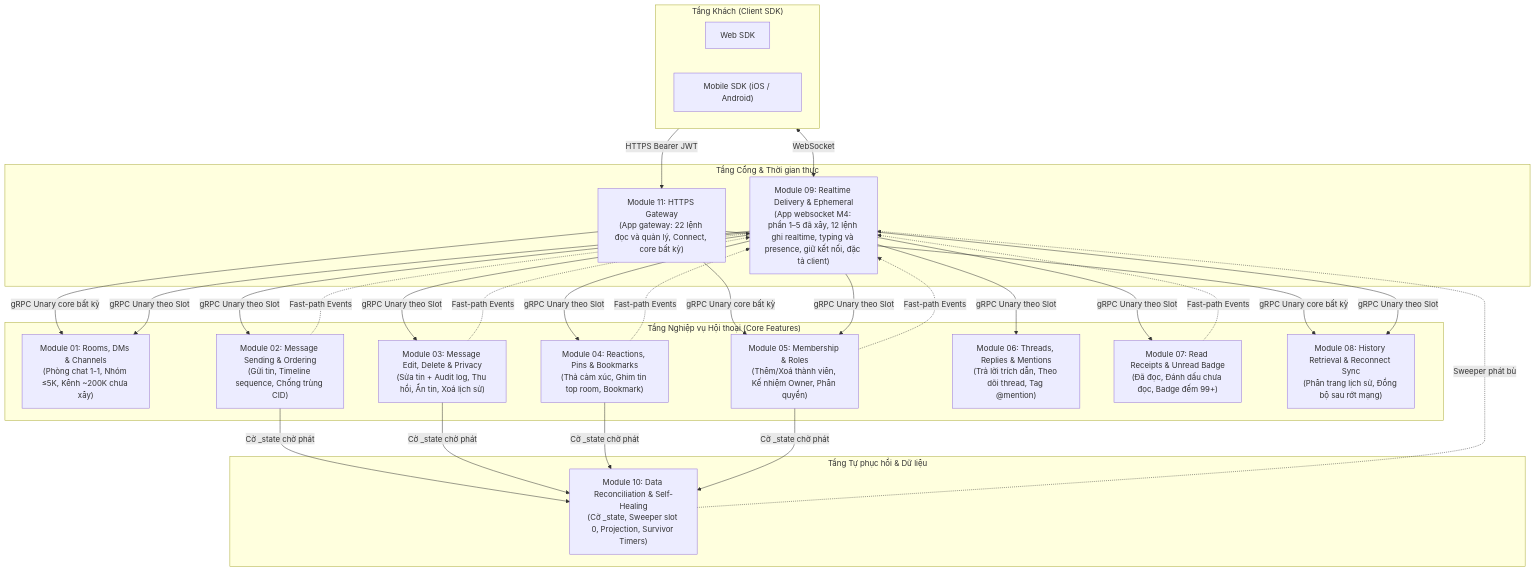
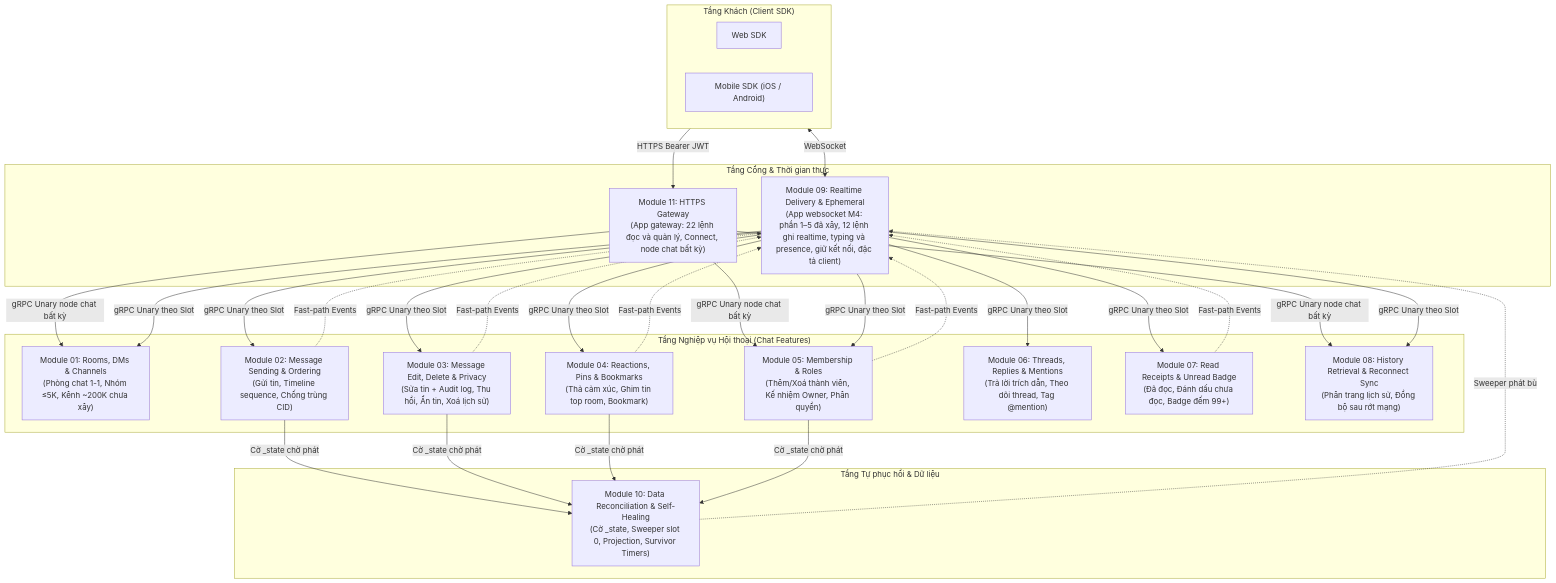
The first of 2 diagrams in docs/modules/README.md (ivannguyendev/chatim), drawn with Mermaid before and after one commit. The commit also changed other lines of this file and 332 other files, not shown here.

````diff
--- a/docs/modules/README.md
+++ b/docs/modules/README.md
@@ -13,53 +13,53 @@
 ```mermaid
 flowchart TD
     subgraph Client["Tầng Khách (Client SDK)"]
         Web["Web SDK"]
         Mobile["Mobile SDK (iOS / Android)"]
     end
 
     subgraph Entry["Tầng Cổng & Thời gian thực"]
         M09["Module 09: Realtime Delivery & Ephemeral<br/>(App websocket M4: phần 1–5 đã xây, 12 lệnh ghi realtime, typing và presence, giữ kết nối, đặc tả client)"]
-        M11["Module 11: HTTPS Gateway<br/>(App gateway: 22 lệnh đọc và quản lý, Connect, core bất kỳ)"]
+        M11["Module 11: HTTPS Gateway<br/>(App gateway: 22 lệnh đọc và quản lý, Connect, node chat bất kỳ)"]
     end
 
-    subgraph CoreFeatures["Tầng Nghiệp vụ Hội thoại (Core Features)"]
+    subgraph ChatFeatures["Tầng Nghiệp vụ Hội thoại (Chat Features)"]
         M01["Module 01: Rooms, DMs & Channels<br/>(Phòng chat 1-1, Nhóm ≤5K, Kênh ~200K chưa xây)"]
         M02["Module 02: Message Sending & Ordering<br/>(Gửi tin, Timeline sequence, Chống trùng CID)"]
         M03["Module 03: Message Edit, Delete & Privacy<br/>(Sửa tin + Audit log, Thu hồi, Ẩn tin, Xoá lịch sử)"]
         M04["Module 04: Reactions, Pins & Bookmarks<br/>(Thả cảm xúc, Ghim tin top room, Bookmark)"]
         M05["Module 05: Membership & Roles<br/>(Thêm/Xoá thành viên, Kế nhiệm Owner, Phân quyền)"]
         M06["Module 06: Threads, Replies & Mentions<br/>(Trả lời trích dẫn, Theo dõi thread, Tag @mention)"]
         M07["Module 07: Read Receipts & Unread Badge<br/>(Đã đọc, Đánh dấu chưa đọc, Badge đếm 99+)"]
         M08["Module 08: History Retrieval & Reconnect Sync<br/>(Phân trang lịch sử, Đồng bộ sau rớt mạng)"]
     end
 
     subgraph Resilience["Tầng Tự phục hồi & Dữ liệu"]
         M10["Module 10: Data Reconciliation & Self-Healing<br/>(Cờ _state, Sweeper slot 0, Projection, Survivor Timers)"]
     end
 
     Client <-->|WebSocket| M09
     Client -->|HTTPS Bearer JWT| M11
-    M11 -->|gRPC Unary core bất kỳ| M01
-    M11 -->|gRPC Unary core bất kỳ| M05
-    M11 -->|gRPC Unary core bất kỳ| M08
+    M11 -->|gRPC Unary node chat bất kỳ| M01
+    M11 -->|gRPC Unary node chat bất kỳ| M05
+    M11 -->|gRPC Unary node chat bất kỳ| M08
     M09 -->|gRPC Unary theo Slot| M01
     M09 -->|gRPC Unary theo Slot| M02
     M09 -->|gRPC Unary theo Slot| M03
     M09 -->|gRPC Unary theo Slot| M04
     M09 -->|gRPC Unary theo Slot| M05
     M09 -->|gRPC Unary theo Slot| M06
     M09 -->|gRPC Unary theo Slot| M07
     M09 -->|gRPC Unary theo Slot| M08
 
     M02 -.->|Fast-path Events| M09
     M03 -.->|Fast-path Events| M09
     M04 -.->|Fast-path Events| M09
     M05 -.->|Fast-path Events| M09
     M07 -.->|Fast-path Events| M09
 
     M02 -->|Cờ _state chờ phát| M10
     M03 -->|Cờ _state chờ phát| M10
     M04 -->|Cờ _state chờ phát| M10
     M05 -->|Cờ _state chờ phát| M10
     M10 -.->|Sweeper phát bù| M09
 ```
````
